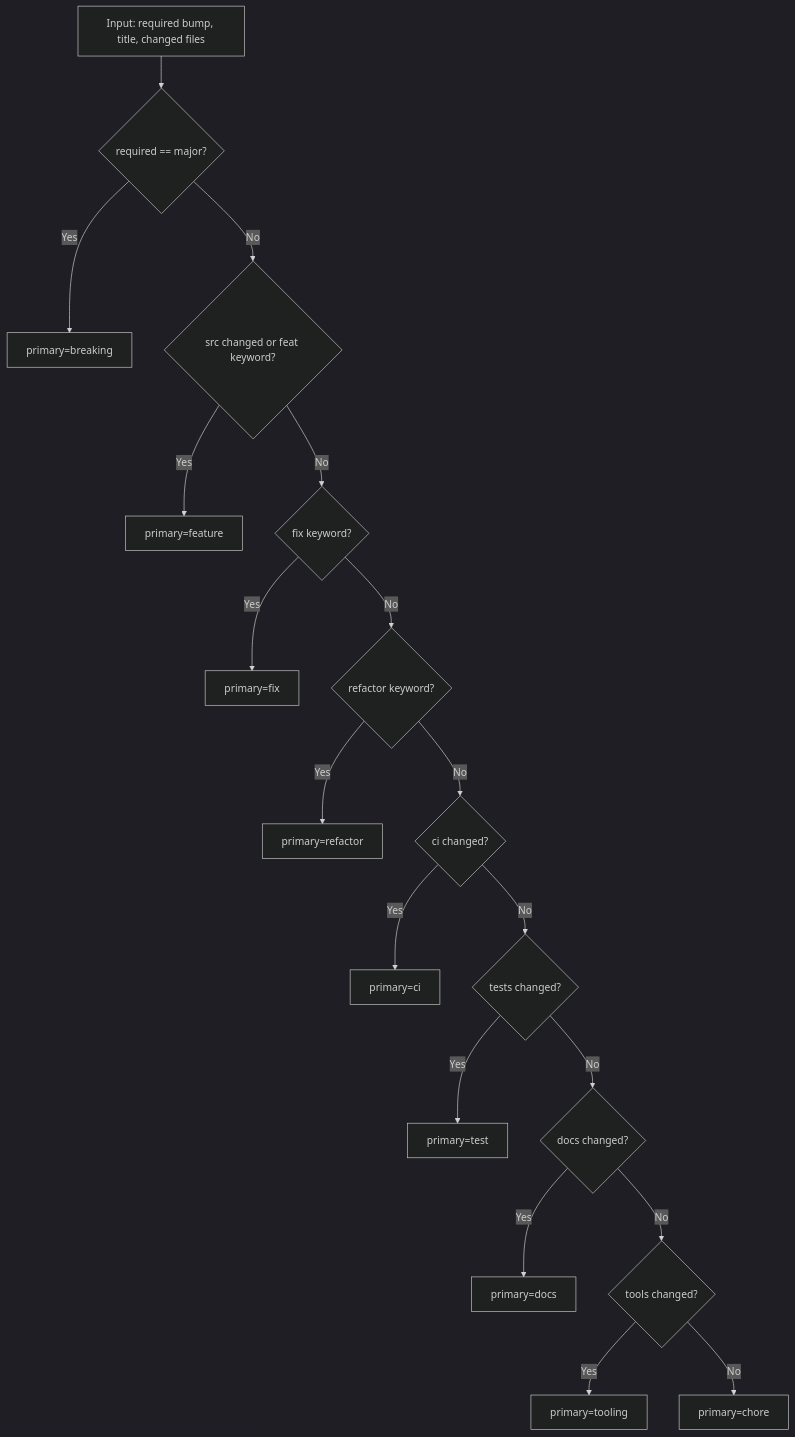
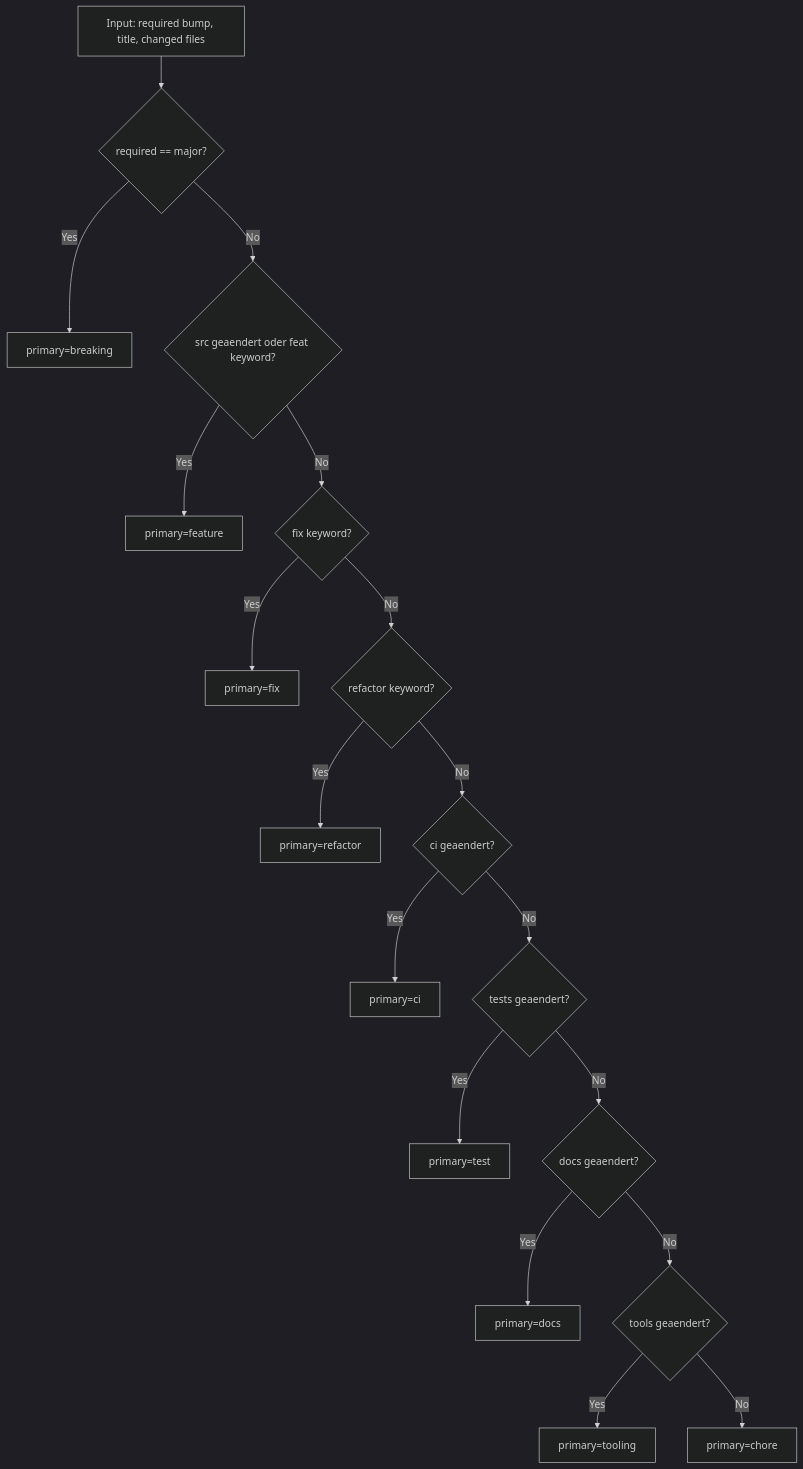
One commit to tomtastisch/FileClassifier changed the second of 4 diagrams in docs/AUTO_LABELING_AND_VERSIONING.md. Above: the diagram before and after it, drawn with Mermaid (dark theme). The commit also changed other lines of this file and 5 other files, not shown here.

````diff
--- a/docs/AUTO_LABELING_AND_VERSIONING.md
+++ b/docs/AUTO_LABELING_AND_VERSIONING.md
@@ -60,20 +58,20 @@
 ```mermaid
 flowchart TD
   A["Input: required bump, title, changed files"] --> B{"required == major?"}
   B -- Yes --> C["primary=breaking"]
-  B -- No --> D{"src changed or feat keyword?"}
+  B -- No --> D{"src geaendert oder feat keyword?"}
   D -- Yes --> E["primary=feature"]
   D -- No --> F{"fix keyword?"}
   F -- Yes --> G["primary=fix"]
   F -- No --> H{"refactor keyword?"}
   H -- Yes --> I["primary=refactor"]
-  H -- No --> J{"ci changed?"}
+  H -- No --> J{"ci geaendert?"}
   J -- Yes --> K["primary=ci"]
-  J -- No --> L{"tests changed?"}
+  J -- No --> L{"tests geaendert?"}
   L -- Yes --> M["primary=test"]
-  L -- No --> N{"docs changed?"}
+  L -- No --> N{"docs geaendert?"}
   N -- Yes --> O["primary=docs"]
-  N -- No --> P{"tools changed?"}
+  N -- No --> P{"tools geaendert?"}
   P -- Yes --> Q["primary=tooling"]
   P -- No --> R["primary=chore"]
 ```
````
